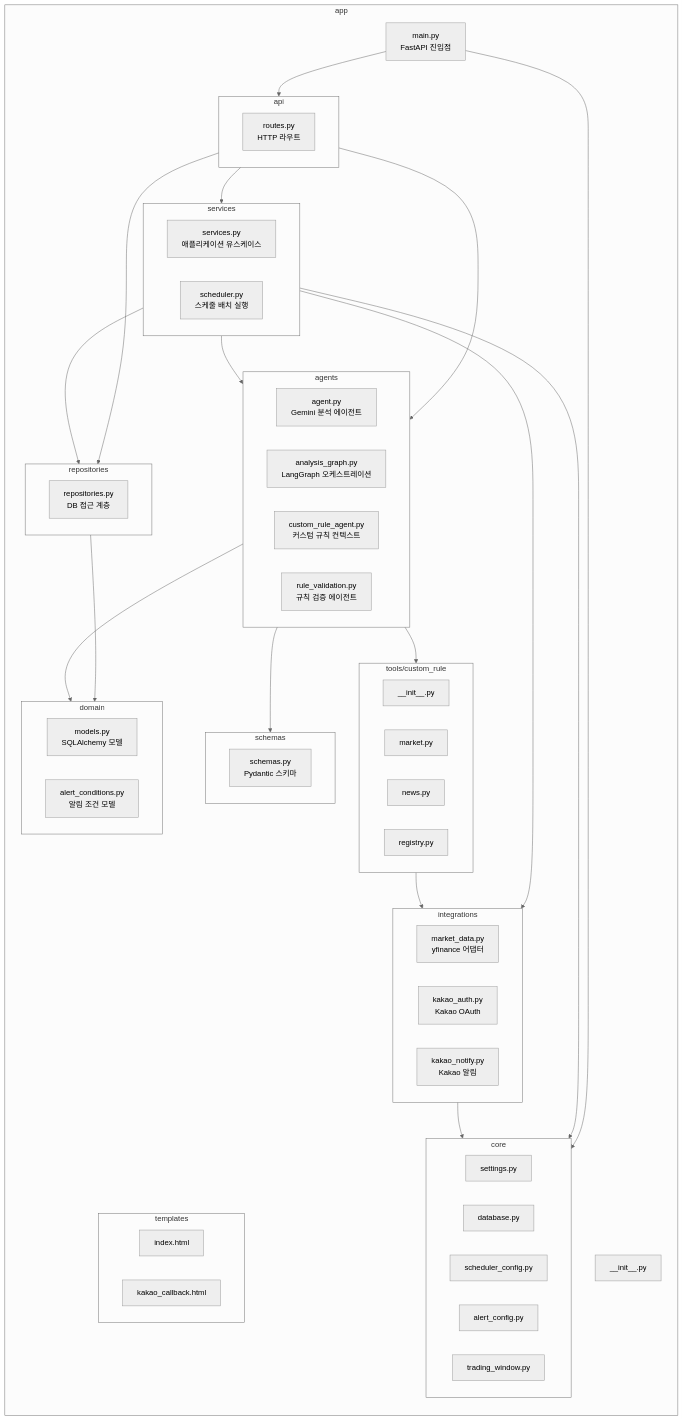
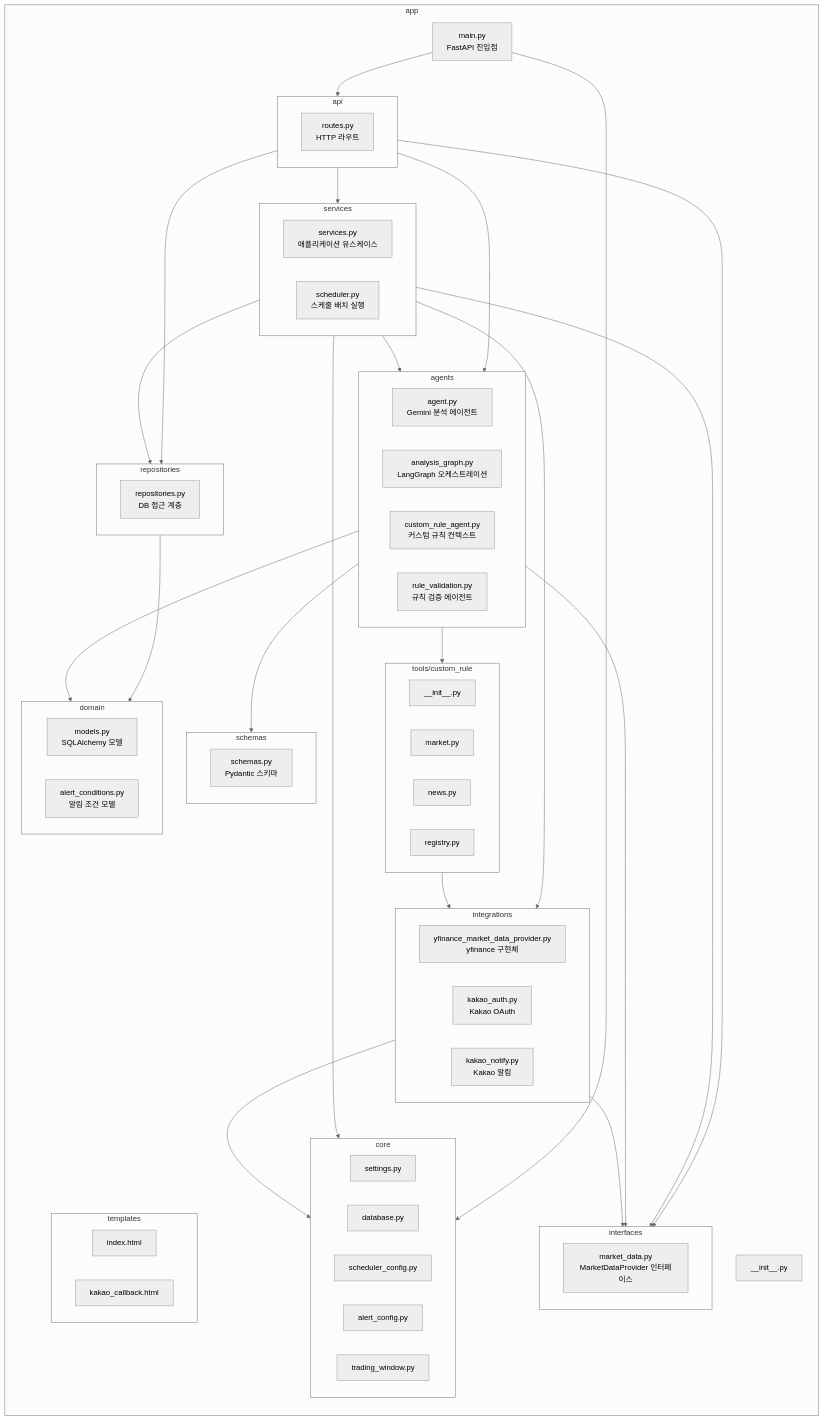
One commit to PhilPark-geosr/stock-agent changed the diagram in docs/pr_12_organize_backend.md. Above: the diagram before and after it, drawn with Mermaid (neutral theme). The commit also changed other lines of this file and 9 other files, not shown here.

Commit message:
refactor: split market data provider interface

````diff
--- a/docs/pr_12_organize_backend.md
+++ b/docs/pr_12_organize_backend.md
@@ -45,6 +46,10 @@
       SCHEMAS_FILE["schemas.py<br/>Pydantic 스키마"]
     end
 
+    subgraph INTERFACES["interfaces"]
+      MARKET_DATA_INTERFACE["market_data.py<br/>MarketDataProvider 인터페이스"]
+    end
+
     subgraph REPOSITORIES["repositories"]
       REPOSITORIES_FILE["repositories.py<br/>DB 접근 계층"]
     end
@@ -62,7 +67,7 @@
     end
 
     subgraph INTEGRATIONS["integrations"]
-      MARKET_DATA["market_data.py<br/>yfinance 어댑터"]
+      MARKET_DATA["yfinance_market_data_provider.py<br/>yfinance 구현체"]
       KAKAO_AUTH["kakao_auth.py<br/>Kakao OAuth"]
       KAKAO_NOTIFY["kakao_notify.py<br/>Kakao 알림"]
     end
@@ -85,14 +90,18 @@
   API --> SERVICES
   API --> AGENTS
   API --> REPOSITORIES
+  API --> INTERFACES
   SERVICES --> REPOSITORIES
   SERVICES --> AGENTS
+  SERVICES --> INTERFACES
   SERVICES --> INTEGRATIONS
   SERVICES --> CORE
   REPOSITORIES --> DOMAIN
   AGENTS --> DOMAIN
   AGENTS --> SCHEMAS
+  AGENTS --> INTERFACES
   AGENTS --> TOOLS
+  INTEGRATIONS --> INTERFACES
   INTEGRATIONS --> CORE
   TOOLS --> INTEGRATIONS
 ```
````
